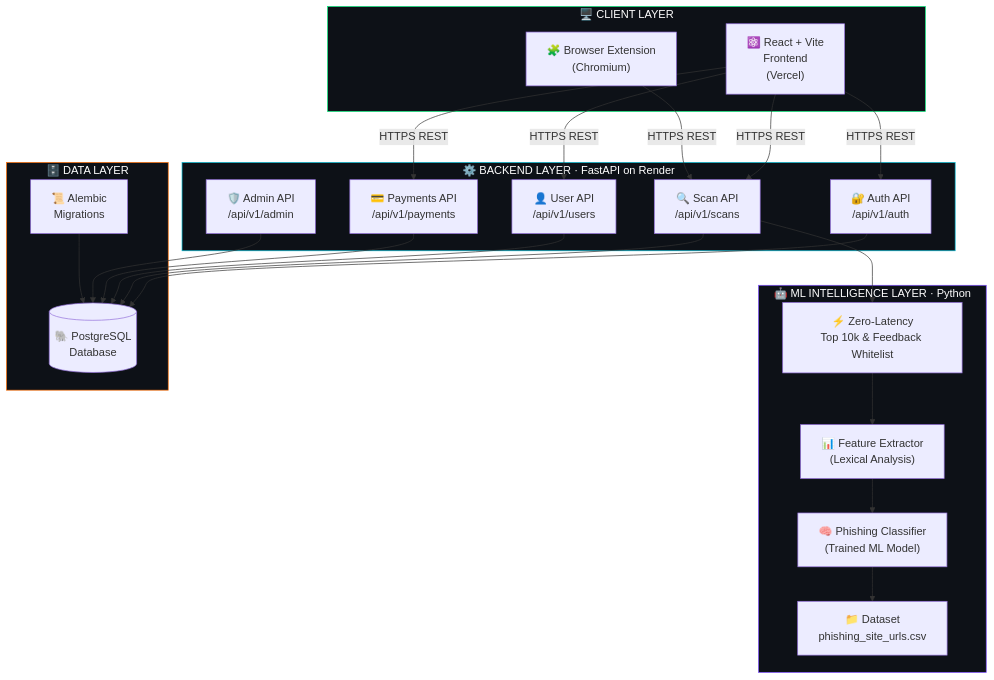
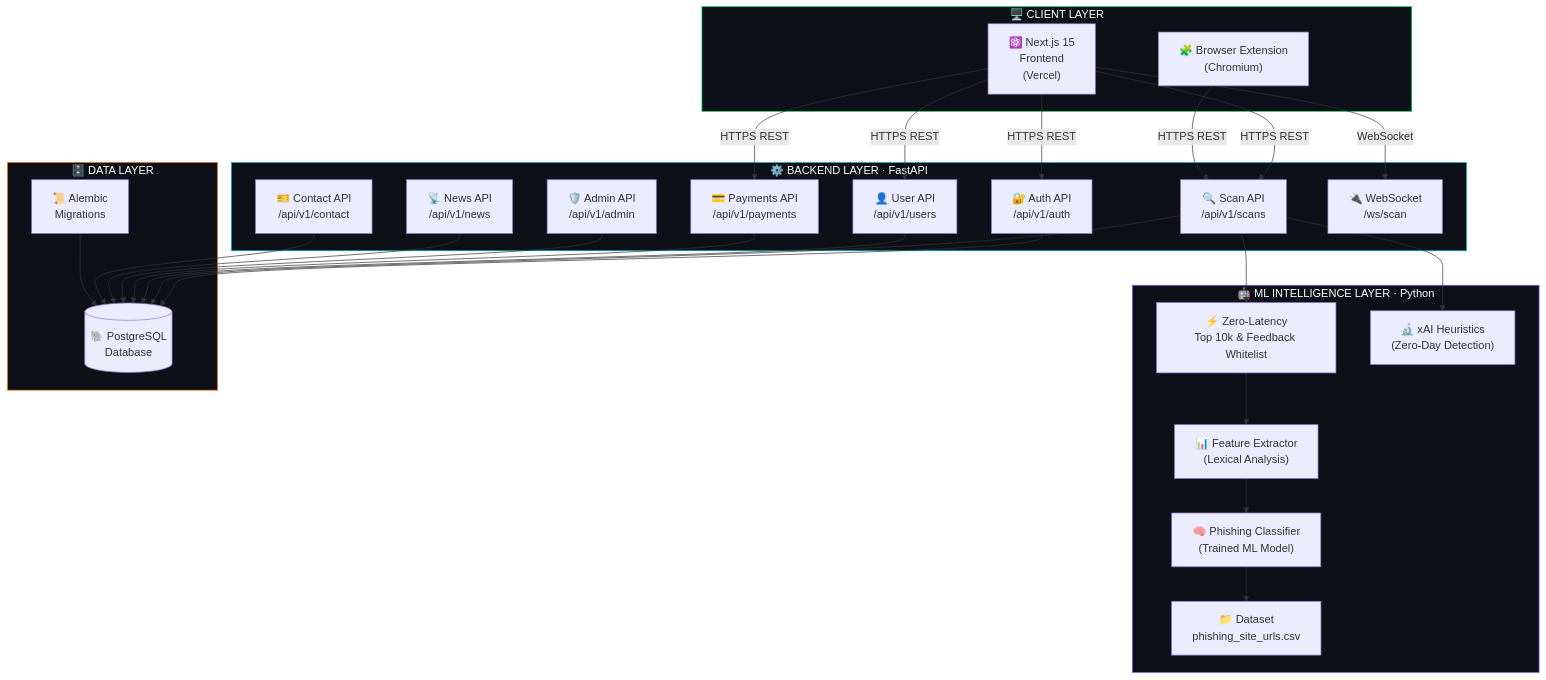
One commit to Uditpandya07/PhishX changed the diagram in README.md. Above: the diagram before and after it, drawn with Mermaid. The commit also changed other lines of this file and 1 other file, not shown here.

````diff
--- a/README.md
+++ b/README.md
@@ -171,38 +171,44 @@
 ```mermaid
 graph TD
     subgraph CLIENT["🖥️  CLIENT LAYER"]
-        A["⚛️ React + Vite\nFrontend\n(Vercel)"]
+        A["⚛️ Next.js 15\nFrontend\n(Vercel)"]
         B["🧩 Browser Extension\n(Chromium)"]
     end
 
-    subgraph BACKEND["⚙️  BACKEND LAYER  ·  FastAPI on Render"]
+    subgraph BACKEND["⚙️  BACKEND LAYER  ·  FastAPI"]
         C["🔐 Auth API\n/api/v1/auth"]
         D["🔍 Scan API\n/api/v1/scans"]
         E["👤 User API\n/api/v1/users"]
         F["💳 Payments API\n/api/v1/payments"]
         G["🛡️ Admin API\n/api/v1/admin"]
+        N["📡 News API\n/api/v1/news"]
+        CT["🎫 Contact API\n/api/v1/contact"]
+        WS["🔌 WebSocket\n/ws/scan"]
     end
 
     subgraph INTELLIGENCE["🤖  ML INTELLIGENCE LAYER  ·  Python"]
         H["📊 Feature Extractor\n(Lexical Analysis)"]
         I["🧠 Phishing Classifier\n(Trained ML Model)"]
         J["📁 Dataset\nphishing_site_urls.csv"]
         W["⚡ Zero-Latency\nTop 10k & Feedback Whitelist"]
+        XAI["🔬 xAI Heuristics\n(Zero-Day Detection)"]
     end
 
     subgraph DATA["🗄️  DATA LAYER"]
         K[("🐘 PostgreSQL\nDatabase")]
         L["📜 Alembic\nMigrations"]
     end
 
     A -- "HTTPS REST" --> C & D & E & F
+    A -- "WebSocket" --> WS
     B -- "HTTPS REST" --> D
     D --> W --> H --> I --> J
-    C & D & E & F & G --> K
+    D --> XAI
+    C & D & E & F & G & N & CT --> K
     L --> K
 
     style CLIENT fill:#0d1117,stroke:#00E676,color:#ffffff
     style BACKEND fill:#0d1117,stroke:#00BCD4,color:#ffffff
     style INTELLIGENCE fill:#0d1117,stroke:#7C4DFF,color:#ffffff
     style DATA fill:#0d1117,stroke:#FF6D00,color:#ffffff
 ```
````
